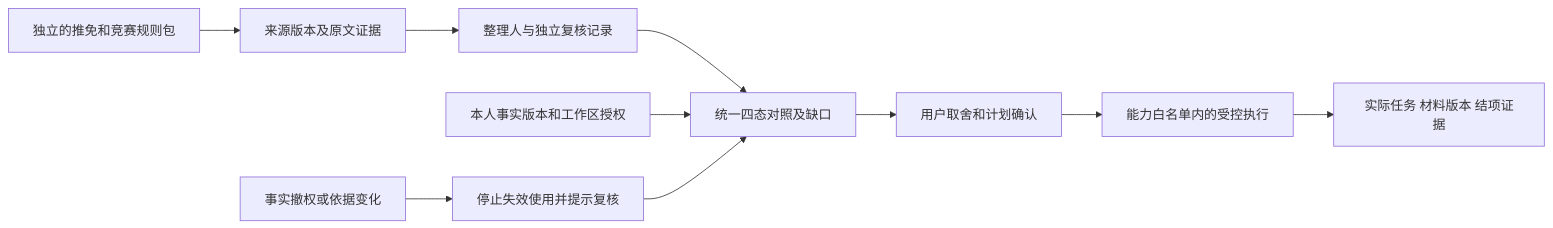
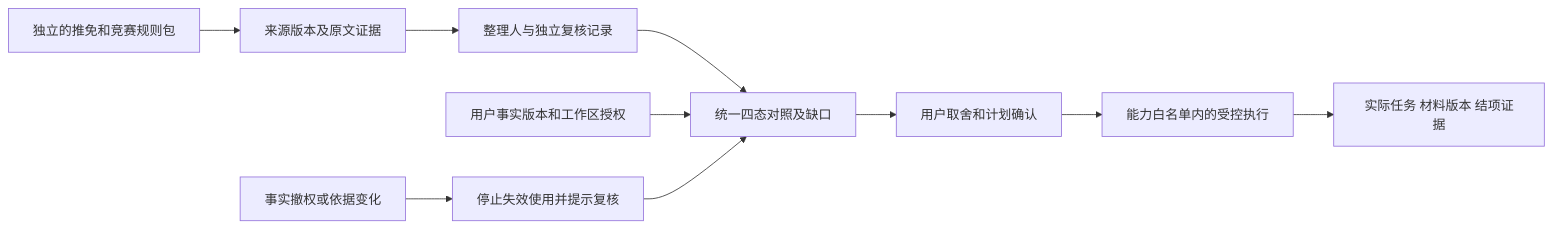
One commit to LotteryCamp/OfferPilot changed the diagram in docs/design/domain-rules/du-yuhe/diagrams/01_规则依据关联.mmd. Above: the diagram before and after it, drawn with Mermaid. The commit also changed 13 other files, not shown here.

```diff
--- a/docs/design/domain-rules/du-yuhe/diagrams/01_规则依据关联.mmd
+++ b/docs/design/domain-rules/du-yuhe/diagrams/01_规则依据关联.mmd
@@ -1,10 +1,10 @@
 flowchart LR
     T[独立的推免和竞赛规则包] --> E[来源版本及原文证据]
     E --> R[整理人与独立复核记录]
     R --> C[统一四态对照及缺口]
-    F[本人事实版本和工作区授权] --> C
+    F[用户事实版本和工作区授权] --> C
     C --> D[用户取舍和计划确认]
     D --> A[能力白名单内的受控执行]
     A --> O[实际任务 材料版本 结项证据]
     U[事实撤权或依据变化] --> V[停止失效使用并提示复核]
     V --> C
```
